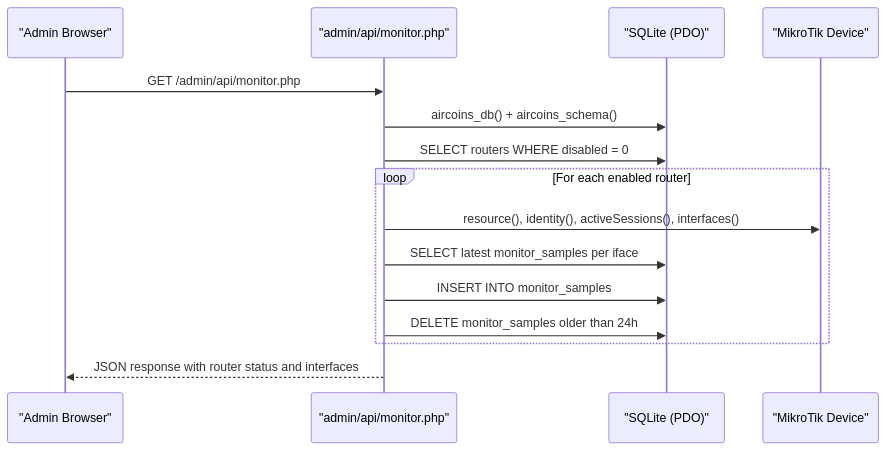
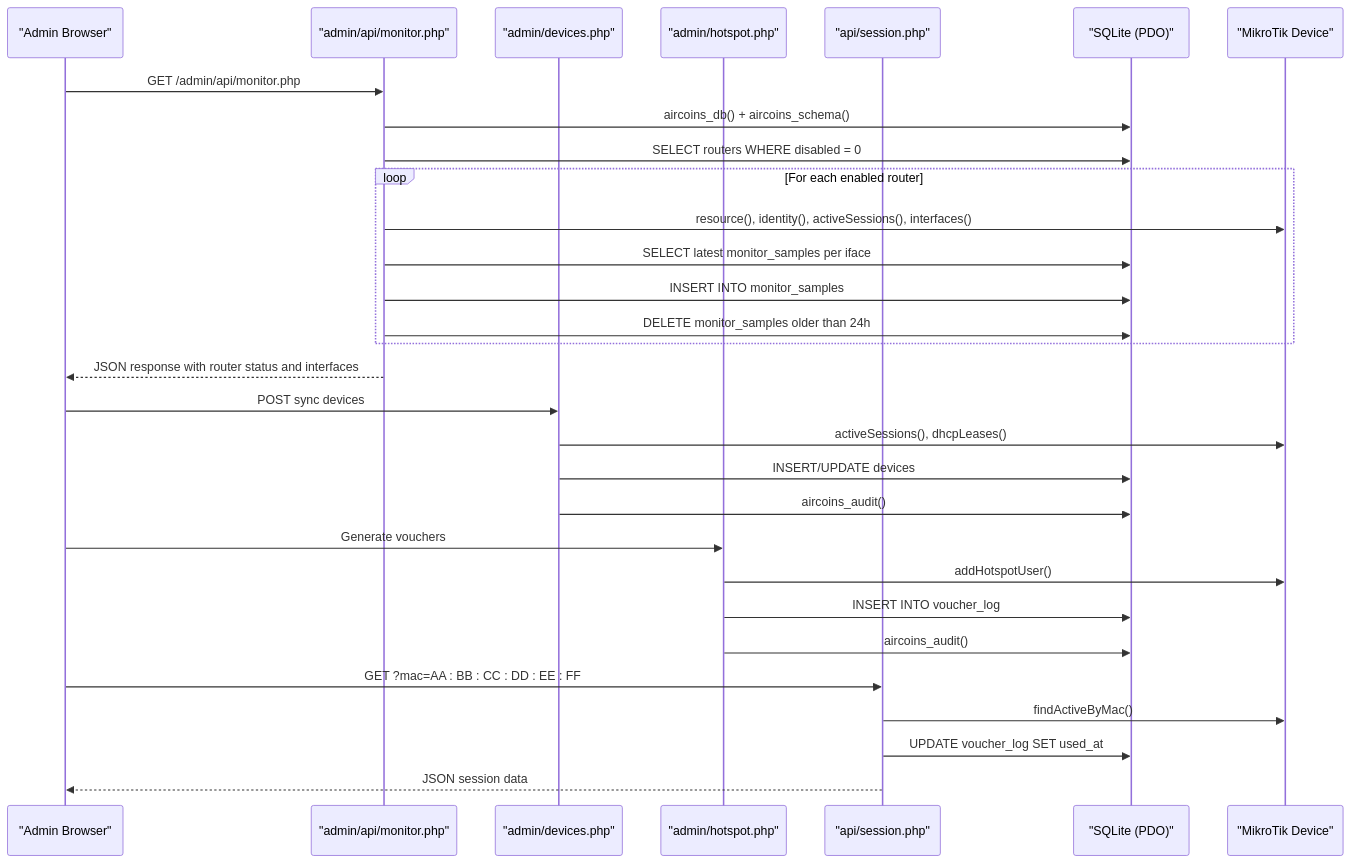
One commit to Djnirds1984/MT-CONTROLLER-PISOWIFI changed the second of 11 diagrams in .qoder/repowiki/en/content/Database Schema & Data Models.md. Above: the diagram before and after it, drawn with Mermaid. The commit also changed other lines of this file and 14 other files, not shown here.

First line of the commit message:
feat(devices): add device management and voucher audit documentation

````diff
--- a/.qoder/repowiki/en/content/Database Schema & Data Models.md
+++ b/.qoder/repowiki/en/content/Database Schema & Data Models.md
@@ -91,17 +122,32 @@
 ```mermaid
 sequenceDiagram
 participant Client as "Admin Browser"
 participant MonitorAPI as "admin/api/monitor.php"
+participant DeviceMgr as "admin/devices.php"
+participant HotspotMgr as "admin/hotspot.php"
+participant SessionAPI as "api/session.php"
 participant DB as "SQLite (PDO)"
 participant RouterOS as "MikroTik Device"
 Client->>MonitorAPI : GET /admin/api/monitor.php
 MonitorAPI->>DB : aircoins_db() + aircoins_schema()
 MonitorAPI->>DB : SELECT routers WHERE disabled = 0
 loop For each enabled router
 MonitorAPI->>RouterOS : resource(), identity(), activeSessions(), interfaces()
 MonitorAPI->>DB : SELECT latest monitor_samples per iface
 MonitorAPI->>DB : INSERT INTO monitor_samples
 MonitorAPI->>DB : DELETE monitor_samples older than 24h
 end
 MonitorAPI-->>Client : JSON response with router status and interfaces
+Client->>DeviceMgr : POST sync devices
+DeviceMgr->>RouterOS : activeSessions(), dhcpLeases()
+DeviceMgr->>DB : INSERT/UPDATE devices
+DeviceMgr->>DB : aircoins_audit()
+Client->>HotspotMgr : Generate vouchers
+HotspotMgr->>RouterOS : addHotspotUser()
+HotspotMgr->>DB : INSERT INTO voucher_log
+HotspotMgr->>DB : aircoins_audit()
+Client->>SessionAPI : GET ?mac=AA : BB : CC : DD : EE : FF
+SessionAPI->>RouterOS : findActiveByMac()
+SessionAPI->>DB : UPDATE voucher_log SET used_at
+SessionAPI-->>Client : JSON session data
 ```
````
